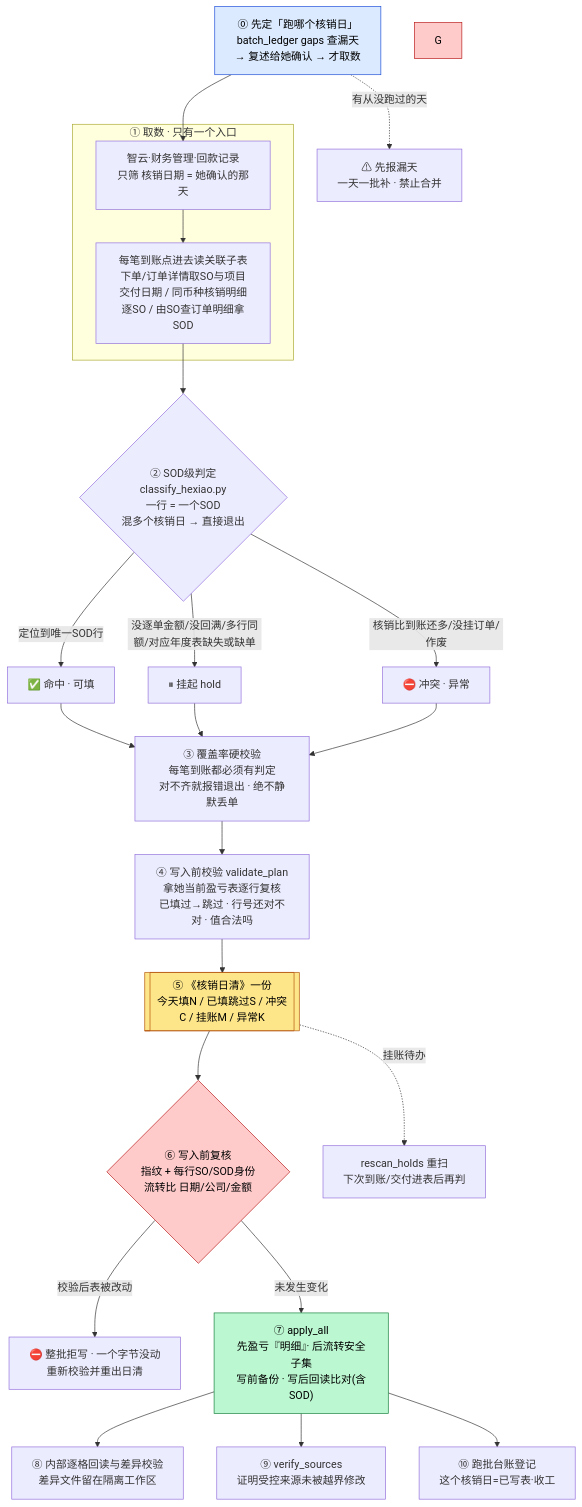
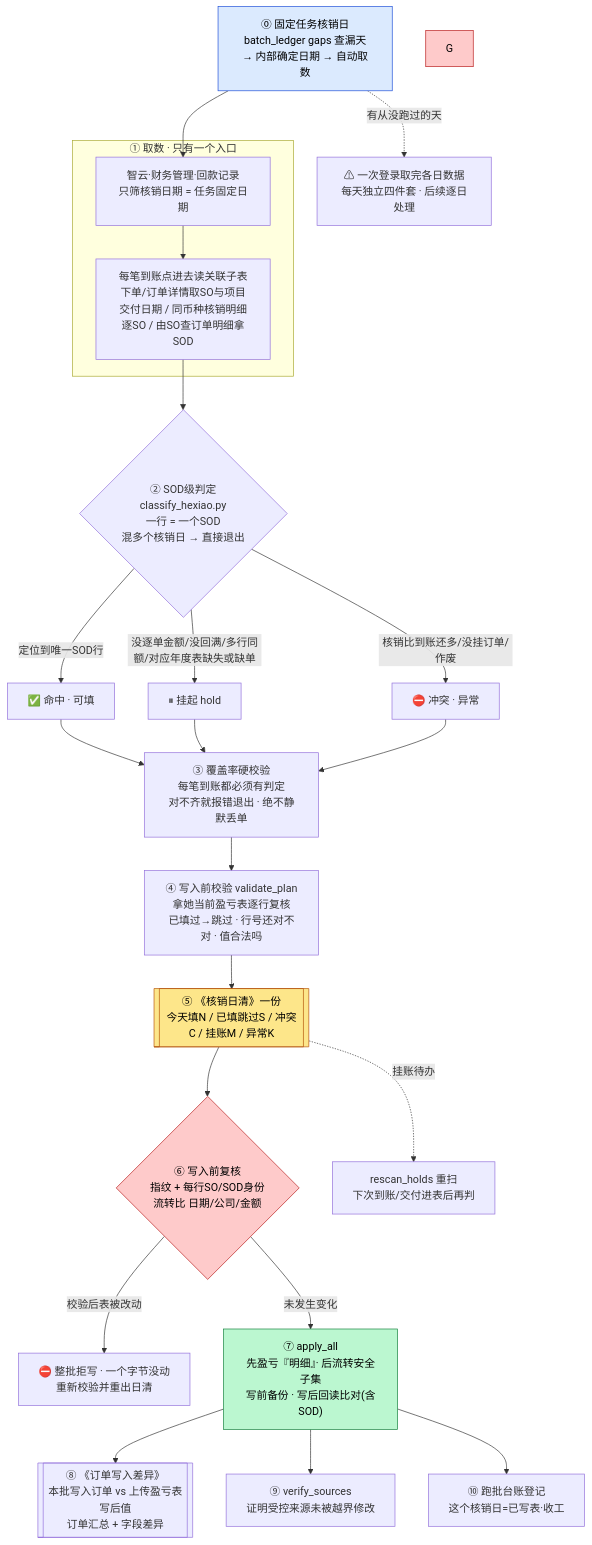
One commit to ErenYeager2002/financial_pj changed the first of 2 diagrams in skills/ar-hexiao-daily/README.md. Above: the diagram before and after it, drawn with Mermaid. The commit also changed other lines of this file and 47 other files, not shown here.

````diff
--- a/skills/ar-hexiao-daily/README.md
+++ b/skills/ar-hexiao-daily/README.md
@@ -56,30 +54,30 @@
 ```mermaid
 flowchart TD
-    D0["⓪ 先定「跑哪个核销日」<br/>batch_ledger gaps 查漏天<br/>→ 复述给她确认 → 才取数"] --> A
-    D0 -.->|"有从没跑过的天"| GAP["⚠ 先报漏天<br/>一天一批补 · 禁止合并"]
+    D0["⓪ 固定任务核销日<br/>batch_ledger gaps 查漏天<br/>→ 内部确定日期 → 自动取数"] --> A
+    D0 -.->|"有从没跑过的天"| GAP["⚠ 一次登录取完各日数据<br/>每天独立四件套 · 后续逐日处理"]
     subgraph 取数["① 取数 · 只有一个入口"]
-        A["智云·财务管理·回款记录<br/>只筛 核销日期 = 她确认的那天"] --> B["每笔到账点进去读关联子表<br/>下单/订单详情取SO与项目交付日期 / 同币种核销明细逐SO / 由SO查订单明细拿SOD"]
+        A["智云·财务管理·回款记录<br/>只筛核销日期 = 任务固定日期"] --> B["每笔到账点进去读关联子表<br/>下单/订单详情取SO与项目交付日期 / 同币种核销明细逐SO / 由SO查订单明细拿SOD"]
     end
     B --> C{"② SOD级判定<br/>classify_hexiao.py<br/>一行 = 一个SOD<br/>混多个核销日 → 直接退出"}
     C -->|"定位到唯一SOD行"| HIT["✅ 命中 · 可填"]
     C -->|"没逐单金额/没回满/多行同额/对应年度表缺失或缺单"| HOLD["⏸ 挂起 hold"]
     C -->|"核销比到账还多/没挂订单/作废"| EXC["⛔ 冲突 · 异常"]
     HIT --> COV
     HOLD --> COV
     EXC --> COV
     COV["③ 覆盖率硬校验<br/>每笔到账都必须有判定<br/>对不齐就报错退出 · 绝不静默丢单"] --> V["④ 写入前校验 validate_plan<br/>拿她当前盈亏表逐行复核<br/>已填过→跳过 · 行号还对不对 · 值合法吗"]
     V --> W[["⑤ 《核销日清》一份<br/>今天填N / 已填跳过S / 冲突C / 挂账M / 异常K"]]
     W --> PRE{"⑥ 写入前复核<br/>指纹 + 每行SO/SOD身份<br/>流转比 日期/公司/金额"}
     PRE -->|"校验后表被改动"| REDO["⛔ 整批拒写 · 一个字节没动<br/>重新校验并重出日清"]
     PRE -->|"未发生变化"| AP["⑦ apply_all<br/>先盈亏『明细』· 后流转安全子集<br/>写前备份 · 写后回读比对(含SOD)"]
-    AP --> VS["⑧ 内部逐格回读与差异校验<br/>差异文件留在隔离工作区"]
-    AP --> VERIFY["⑨ verify_sources<br/>证明受控来源未被越界修改"]
+    AP --> DIFF[["⑧ 《订单写入差异》<br/>本批写入订单 vs 上传盈亏表写后值<br/>订单汇总 + 字段差异"]]
+    AP --> VS["⑨ verify_sources<br/>证明受控来源未被越界修改"]
     AP --> BL["⑩ 跑批台账登记<br/>这个核销日=已写表·收工"]
     W -.->|"挂账待办"| R["rescan_holds 重扫<br/>下次到账/交付进表后再判"]
 
     style D0 fill:#dbeafe,stroke:#1d4ed8,color:#000
     style W fill:#fde68a,stroke:#b45309,color:#000
     style G fill:#fecaca,stroke:#b91c1c,color:#000
     style PRE fill:#fecaca,stroke:#b91c1c,color:#000
     style AP fill:#bbf7d0,stroke:#15803d,color:#000
 ```
````
